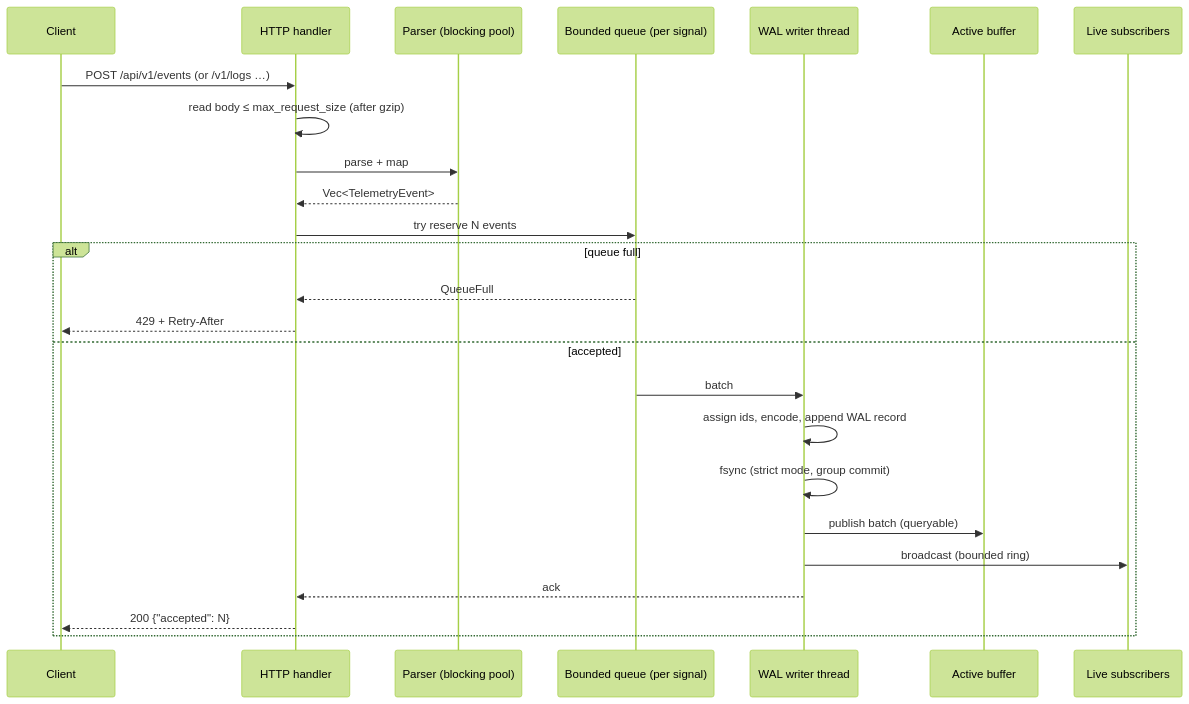
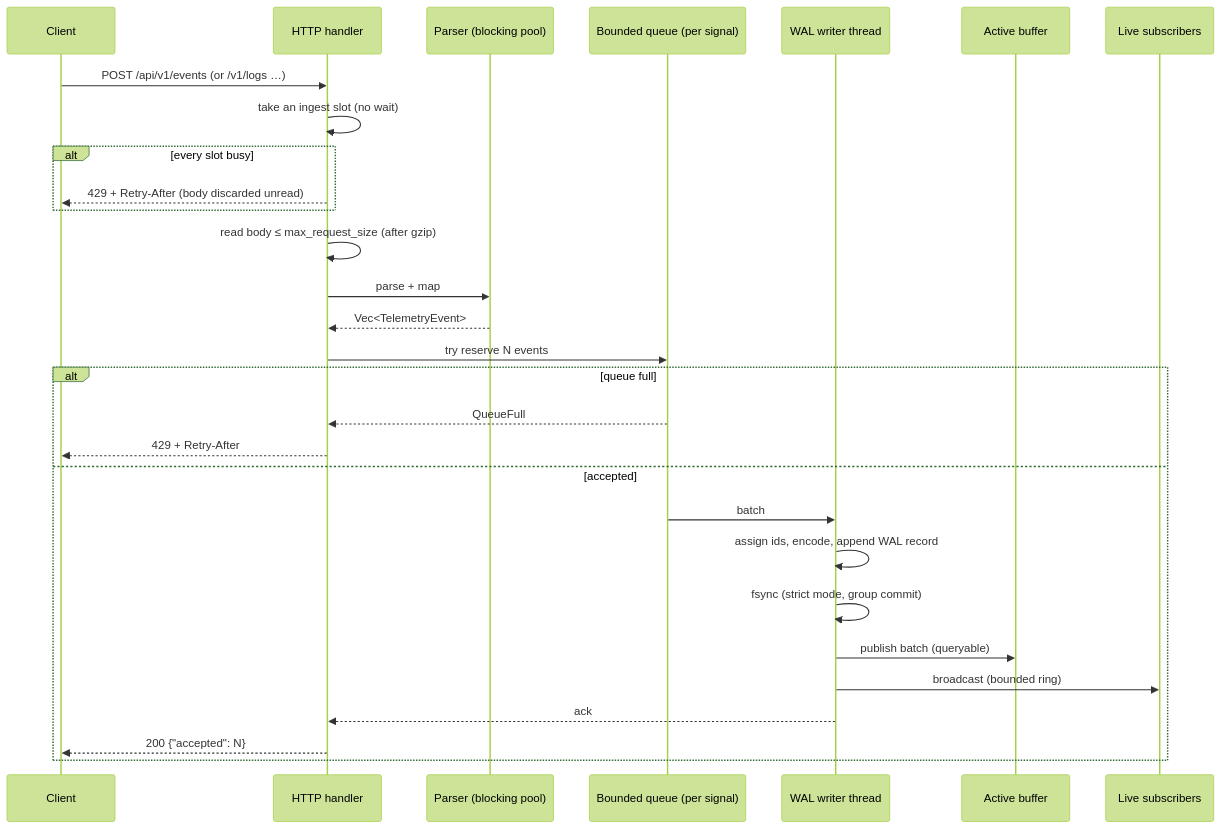
The second of 4 diagrams in docs/architecture.md (rowan-smith/Vyrtel), drawn with Mermaid (forest theme) before and after one commit. The commit also changed other lines of this file and 14 other files, not shown here.

````diff
--- a/docs/architecture.md
+++ b/docs/architecture.md
@@ -55,28 +55,32 @@
 ```mermaid
 sequenceDiagram
     participant C as Client
     participant H as HTTP handler
     participant P as Parser (blocking pool)
     participant Q as Bounded queue (per signal)
     participant W as WAL writer thread
     participant A as Active buffer
     participant L as Live subscribers
 
     C->>H: POST /api/v1/events (or /v1/logs …)
+    H->>H: take an ingest slot (no wait)
+    alt every slot busy
+        H-->>C: 429 + Retry-After (body discarded unread)
+    end
     H->>H: read body ≤ max_request_size (after gzip)
     H->>P: parse + map
     P-->>H: Vec<TelemetryEvent>
     H->>Q: try reserve N events
     alt queue full
         Q-->>H: QueueFull
         H-->>C: 429 + Retry-After
     else accepted
         Q->>W: batch
         W->>W: assign ids, encode, append WAL record
         W->>W: fsync (strict mode, group commit)
         W->>A: publish batch (queryable)
         W->>L: broadcast (bounded ring)
         W-->>H: ack
         H-->>C: 200 {"accepted": N}
     end
 ```
````
